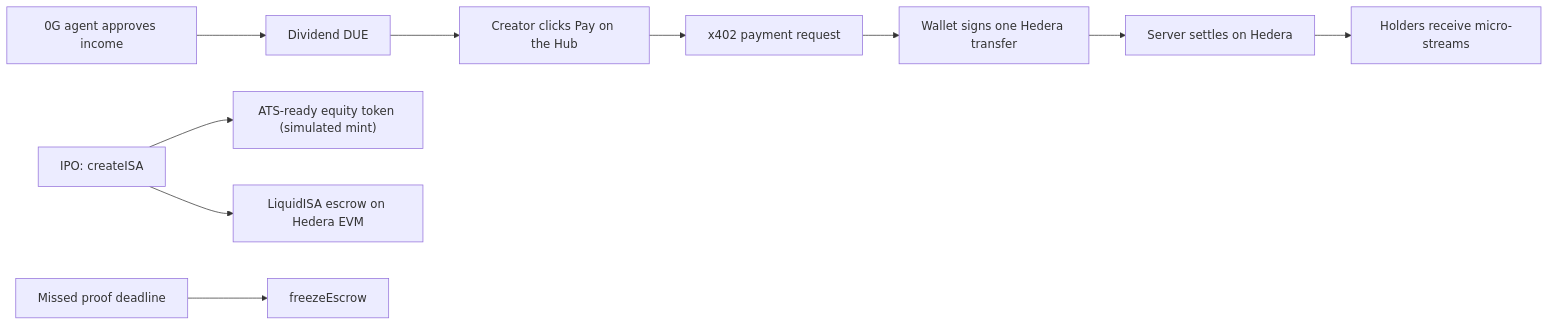
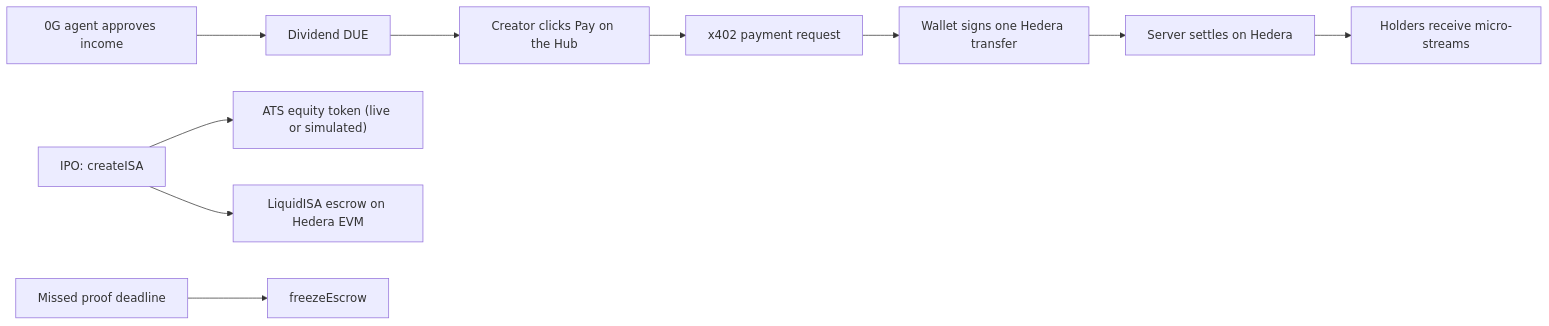
One commit to predatorx7/stakeme-ex changed the first of 2 diagrams in docs/integrations/hedera.md. Above: the diagram before and after it, drawn with Mermaid. The commit also changed other lines of this file and 185 other files, not shown here.

````diff
--- a/docs/integrations/hedera.md
+++ b/docs/integrations/hedera.md
@@ -18,12 +17,12 @@
 ```mermaid
 flowchart LR
 	A["0G agent approves income"] --> B["Dividend DUE"]
 	B --> C["Creator clicks Pay on the Hub"]
 	C --> D["x402 payment request"]
 	D --> E["Wallet signs one Hedera transfer"]
 	E --> F["Server settles on Hedera"]
 	F --> G["Holders receive micro-streams"]
-	H["IPO: createISA"] --> I["ATS-ready equity token (simulated mint)"]
+	H["IPO: createISA"] --> I["ATS equity token (live or simulated)"]
 	H --> J["LiquidISA escrow on Hedera EVM"]
 	K["Missed proof deadline"] --> L["freezeEscrow"]
 ```
````
